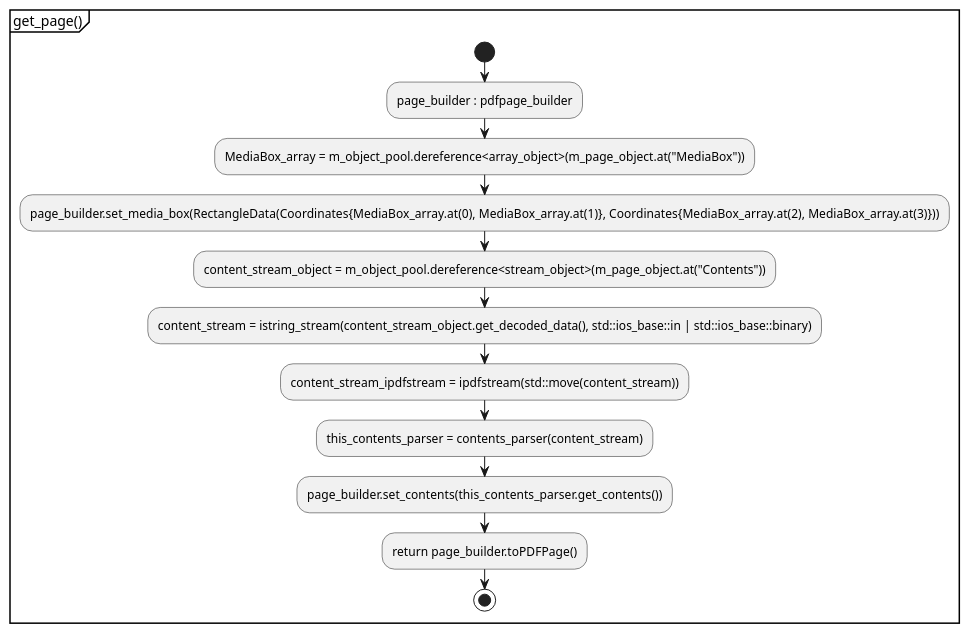
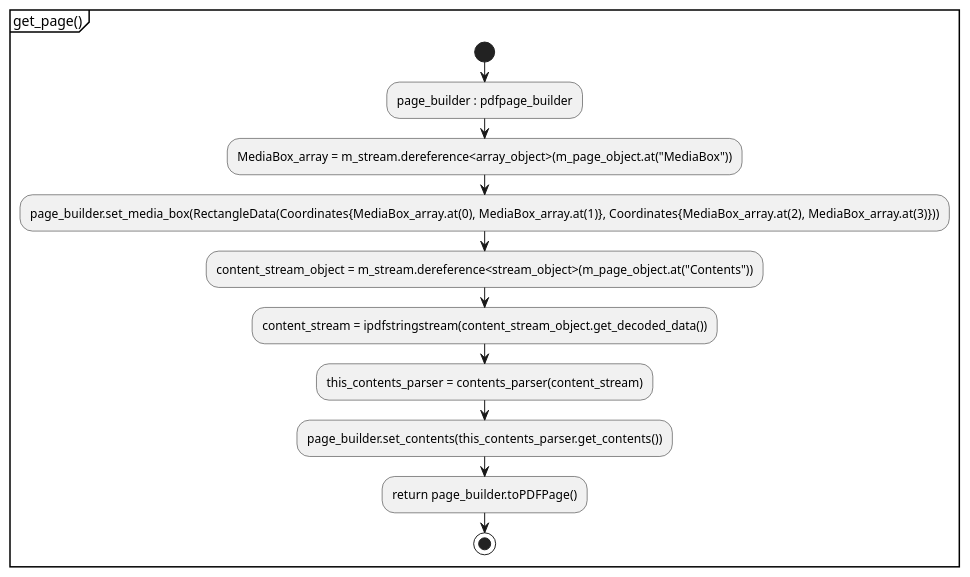
The second of 2 diagrams in document/document_reader/page_tree_parser/page_parser/page_parser.activity.pu (KodaiYM/PDFReader), drawn with PlantUML before and after one commit. The commit also changed other lines of this file and 38 other files, not shown here.

Commit message:
object_pool 周りの依存関係の修正

```diff
--- a/document/document_reader/page_tree_parser/page_parser/page_parser.activity.pu
+++ b/document/document_reader/page_tree_parser/page_parser/page_parser.activity.pu
@@ -10,20 +10,19 @@
 @startuml get_page
 partition "get_page()" {
 start
 	:page_builder : pdfpage_builder;
 
 	' Get MediaBox
-	:MediaBox_array = m_object_pool.dereference<array_object>(m_page_object.at("MediaBox"));
+	:MediaBox_array = m_stream.dereference<array_object>(m_page_object.at("MediaBox"));
 	:page_builder.set_media_box(RectangleData(Coordinates{MediaBox_array.at(0), MediaBox_array.at(1)}, Coordinates{MediaBox_array.at(2), MediaBox_array.at(3)}));
 
 	' Get Contents
-	:content_stream_object = m_object_pool.dereference<stream_object>(m_page_object.at("Contents"));
-	:content_stream = istring_stream(content_stream_object.get_decoded_data(), std::ios_base::in | std::ios_base::binary);
-	:content_stream_ipdfstream = ipdfstream(std::move(content_stream));
+	:content_stream_object = m_stream.dereference<stream_object>(m_page_object.at("Contents"));
+	:content_stream = ipdfstringstream(content_stream_object.get_decoded_data());
 	:this_contents_parser = contents_parser(content_stream);
 	:page_builder.set_contents(this_contents_parser.get_contents());
 
 	:return page_builder.toPDFPage();
 stop
 }
 @enduml
```
